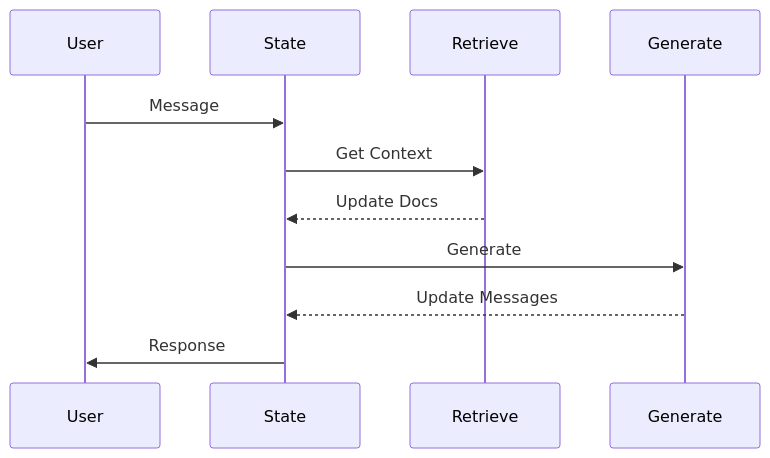
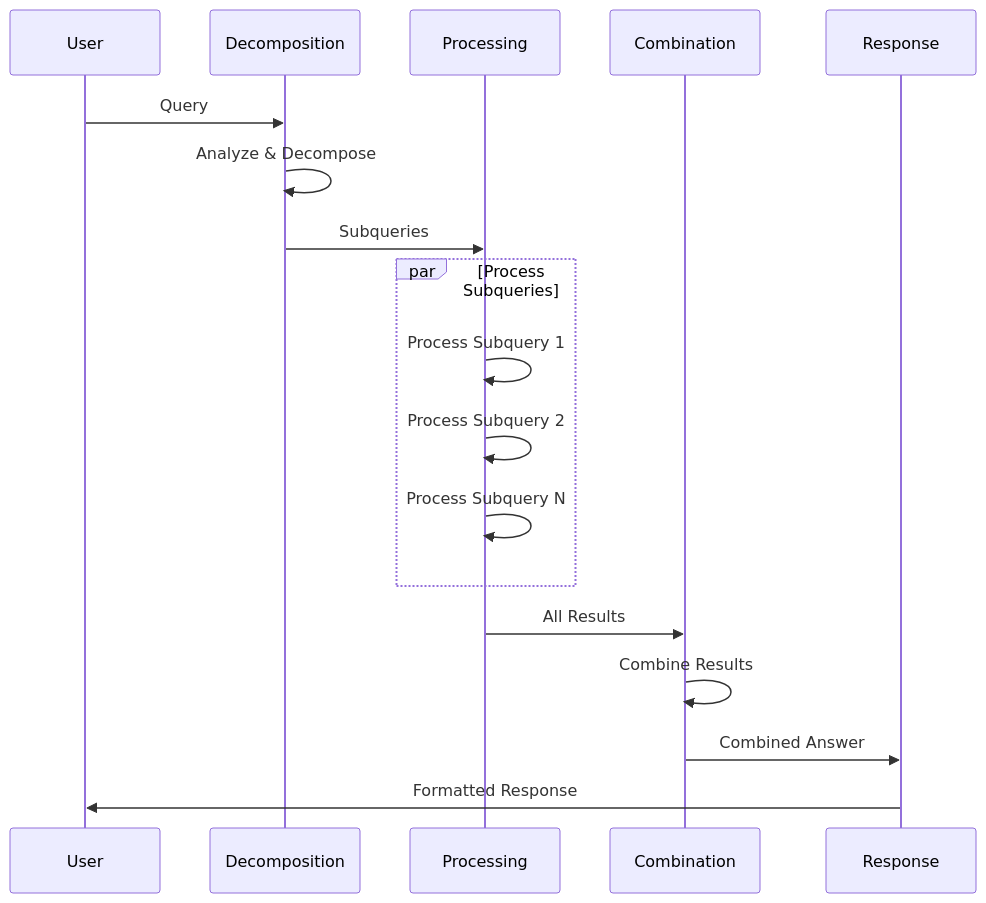
Before and after one commit to laialex501/lorechat-container: the sixth of 7 diagrams in memory-bank/systemPatterns.md, drawn with Mermaid. The commit also changed other lines of this file and 18 other files, not shown here.

Commit message:
Add agentic conversation flow

````diff
--- a/memory-bank/systemPatterns.md
+++ b/memory-bank/systemPatterns.md
@@ -58,14 +162,23 @@
 ```mermaid
 sequenceDiagram
     participant U as User
-    participant S as State
-    participant R as Retrieve
-    participant G as Generate
+    participant D as Decomposition
+    participant P as Processing
+    participant C as Combination
+    participant R as Response
     
-    U->>S: Message
-    S->>R: Get Context
-    R-->>S: Update Docs
-    S->>G: Generate
-    G-->>S: Update Messages
-    S->>U: Response
+    U->>D: Query
+    D->>D: Analyze & Decompose
+    D->>P: Subqueries
+    
+    par Process Subqueries
+        P->>P: Process Subquery 1
+        P->>P: Process Subquery 2
+        P->>P: Process Subquery N
+    end
+    
+    P->>C: All Results
+    C->>C: Combine Results
+    C->>R: Combined Answer
+    R->>U: Formatted Response
 ```
````
